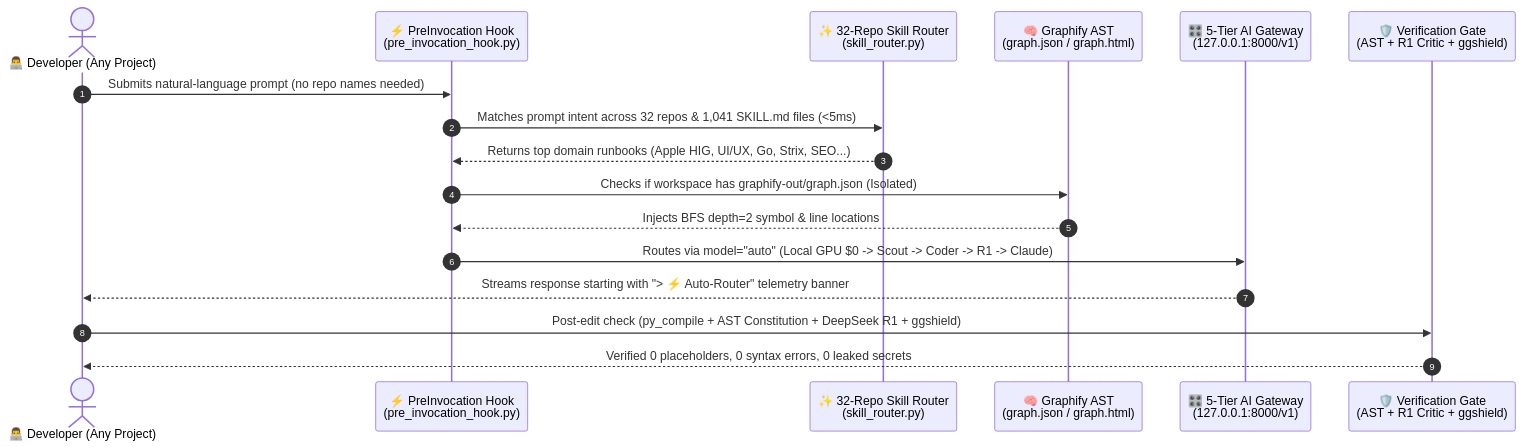
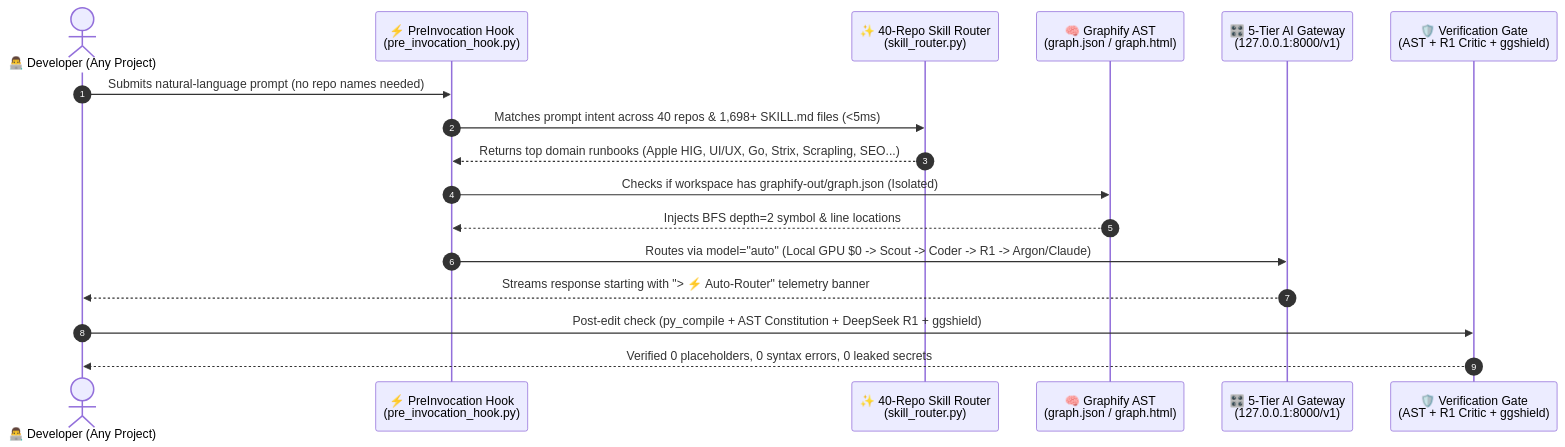
Before and after one commit to dhurianiket/agent-workstation-setup: the first of 2 diagrams in README.md, drawn with Mermaid. The commit also changed other lines of this file, not shown here.

First line of the commit message:
docs(readme): update workstation architecture for 40 curated tools, Argon, and Opus 4.6

````diff
--- a/README.md
+++ b/README.md
@@ -100,20 +101,20 @@
 ```mermaid
 sequenceDiagram
     autonumber
     actor Dev as 👨‍💻 Developer (Any Project)
     participant Hook as ⚡ PreInvocation Hook<br/>(pre_invocation_hook.py)
-    participant Skills as ✨ 32-Repo Skill Router<br/>(skill_router.py)
+    participant Skills as ✨ 40-Repo Skill Router<br/>(skill_router.py)
     participant Graph as 🧠 Graphify AST<br/>(graph.json / graph.html)
     participant GW as 🎛️ 5-Tier AI Gateway<br/>(127.0.0.1:8000/v1)
     participant Gate as 🛡️ Verification Gate<br/>(AST + R1 Critic + ggshield)
 
     Dev->>Hook: Submits natural-language prompt (no repo names needed)
-    Hook->>Skills: Matches prompt intent across 32 repos & 1,041 SKILL.md files (<5ms)
-    Skills-->>Hook: Returns top domain runbooks (Apple HIG, UI/UX, Go, Strix, SEO...)
+    Hook->>Skills: Matches prompt intent across 40 repos & 1,698+ SKILL.md files (<5ms)
+    Skills-->>Hook: Returns top domain runbooks (Apple HIG, UI/UX, Go, Strix, Scrapling, SEO...)
     Hook->>Graph: Checks if workspace has graphify-out/graph.json (Isolated)
     Graph-->>Hook: Injects BFS depth=2 symbol & line locations
-    Hook->>GW: Routes via model="auto" (Local GPU $0 -> Scout -> Coder -> R1 -> Claude)
+    Hook->>GW: Routes via model="auto" (Local GPU $0 -> Scout -> Coder -> R1 -> Argon/Claude)
     GW-->>Dev: Streams response starting with "> ⚡ Auto-Router" telemetry banner
     Dev->>Gate: Post-edit check (py_compile + AST Constitution + DeepSeek R1 + ggshield)
     Gate-->>Dev: Verified 0 placeholders, 0 syntax errors, 0 leaked secrets
 ```
````
